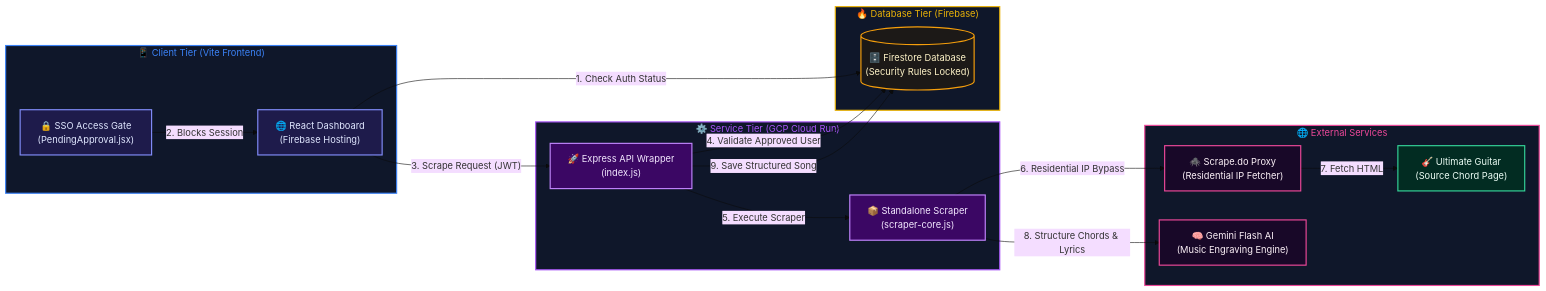
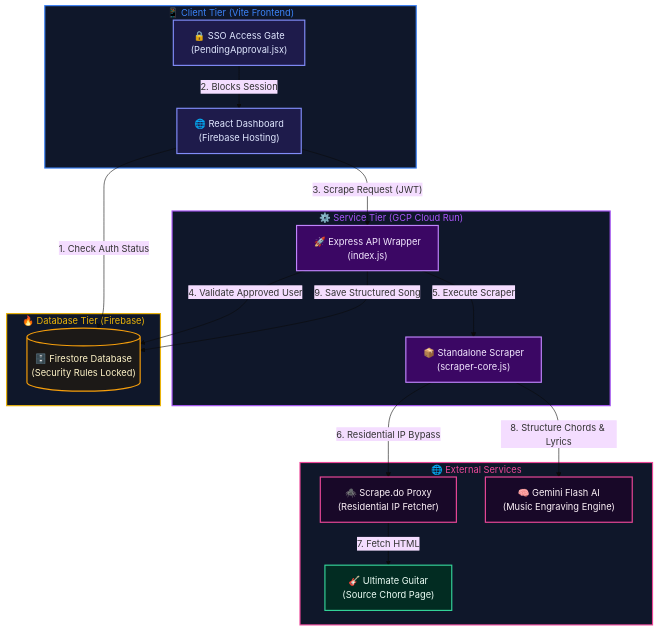
One commit to Valdens/chord-organizer changed the diagram in README.md. Above: the diagram before and after it, drawn with Mermaid (base theme).

Commit message:
docs: flip Mermaid diagram to TD vertical flow to prevent horizontal scaling squish on GitHub

````diff
--- a/README.md
+++ b/README.md
@@ -37,46 +37,46 @@
 ```mermaid
-flowchart LR
+flowchart TD
     %% Custom Styling Definitions
     classDef client fill:#1e1b4b,stroke:#818cf8,stroke-width:2px,color:#e0e7ff;
     classDef service fill:#3b0764,stroke:#c084fc,stroke-width:2px,color:#f3e8ff;
     classDef database fill:#1c1917,stroke:#f59e0b,stroke-width:2px,color:#fef3c7;
     classDef external fill:#180828,stroke:#ec4899,stroke-width:2px,color:#fdf2f8;
     classDef ug fill:#022c22,stroke:#34d399,stroke-width:2px,color:#ecfdf5;
 
     subgraph client_tier ["📱 Client Tier (Vite Frontend)"]
         FE["🌐 React Dashboard<br>(Firebase Hosting)"]:::client
         GA["🔒 SSO Access Gate<br>(PendingApproval.jsx)"]:::client
     end
 
     subgraph service_tier ["⚙️ Service Tier (GCP Cloud Run)"]
         EX["🚀 Express API Wrapper<br>(index.js)"]:::service
         CORE["📦 Standalone Scraper<br>(scraper-core.js)"]:::service
     end
 
     subgraph database_tier ["🔥 Database Tier (Firebase)"]
         FS[("🗄️ Firestore Database<br>(Security Rules Locked)")]:::database
     end
 
     subgraph external_services ["🌐 External Services"]
         SD["🕷️ Scrape.do Proxy<br>(Residential IP Fetcher)"]:::external
         GM["🧠 Gemini Flash AI<br>(Music Engraving Engine)"]:::external
         UG["🎸 Ultimate Guitar<br>(Source Chord Page)"]:::ug
     end
 
     %% Data Streams & Connections
     FE -->|"1. Check Auth Status"| FS
     GA -->|"2. Blocks Session"| FE
     FE -->|"3. Scrape Request (JWT)"| EX
     EX -->|"4. Validate Approved User"| FS
     EX -->|"5. Execute Scraper"| CORE
     CORE -->|"6. Residential IP Bypass"| SD
     SD -->|"7. Fetch HTML"| UG
     CORE -->|"8. Structure Chords & Lyrics"| GM
     EX -->|"9. Save Structured Song"| FS
 
     %% Subgraph Styling
     style client_tier fill:#0f172a,stroke:#3b82f6,stroke-width:2px,color:#3b82f6
     style service_tier fill:#0f172a,stroke:#a855f7,stroke-width:2px,color:#a855f7
     style database_tier fill:#0f172a,stroke:#eab308,stroke-width:2px,color:#eab308
     style external_services fill:#0f172a,stroke:#ec4899,stroke-width:2px,color:#ec4899
 ```
````
